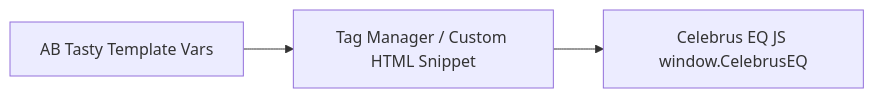
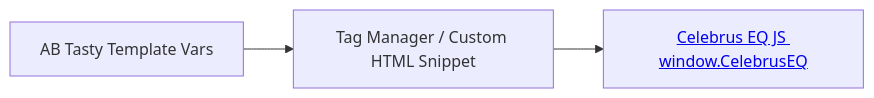
The diagram in README.md (valoudefou/shopify-headless-checkout-pixel), drawn with Mermaid before and after one commit.

````diff
--- a/README.md
+++ b/README.md
@@ -53,5 +53,6 @@
 ```mermaid
 flowchart LR
     A[AB Tasty Template Vars] --> B[Tag Manager / Custom HTML Snippet]
-    B --> C[Celebrus EQ JS window.CelebrusEQ]
+    B --> C[<a href="https://docs.celebrus.com/js-library" target="_blank">Celebrus EQ JS window.CelebrusEQ</a>]
+
 ```
````
